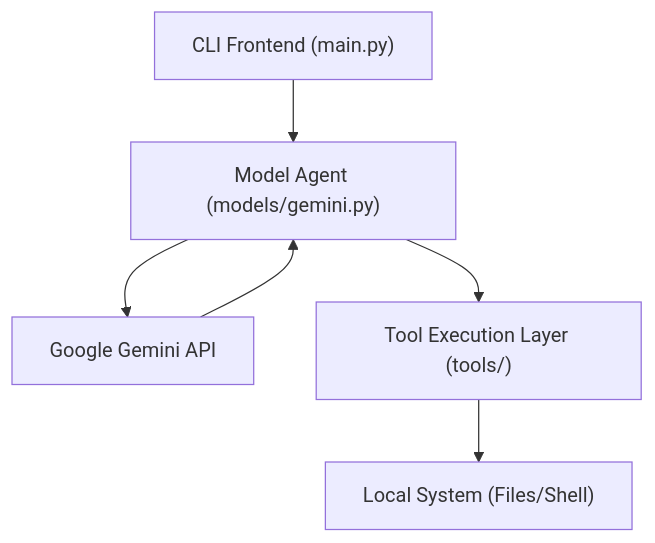
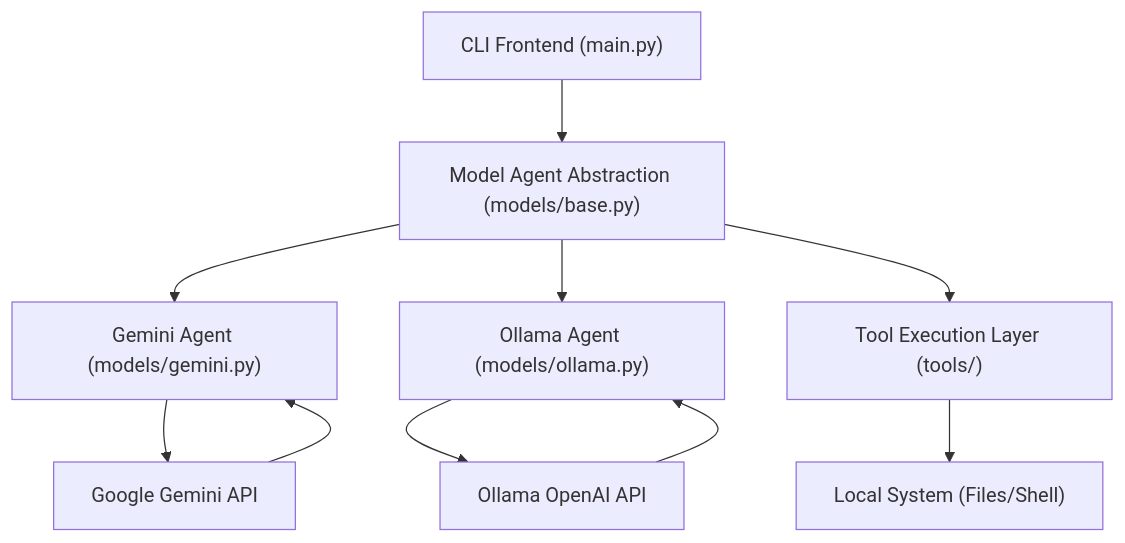
One commit to BlueCentre/cli-code changed the first of 4 diagrams in docs/architecture.md. Above: the diagram before and after it, drawn with Mermaid. The commit also changed other lines of this file and 36 other files, not shown here.

Commit message:
refactor: Rename project from gemini-cli to cli-code

````diff
--- a/docs/architecture.md
+++ b/docs/architecture.md
@@ -15,8 +15,12 @@
 ```mermaid
 graph TD
-    CLI["CLI Frontend (main.py)"] --> Agent["Model Agent (models/gemini.py)"];
-    Agent --> GeminiAPI["Google Gemini API"];
+    CLI["CLI Frontend (main.py)"] --> Agent["Model Agent Abstraction (models/base.py)"];
+    Agent --> GeminiAgent["Gemini Agent (models/gemini.py)"];
+    Agent --> OllamaAgent["Ollama Agent (models/ollama.py)"];
+    GeminiAgent --> GeminiAPI["Google Gemini API"];
+    OllamaAgent --> OllamaAPI["Ollama OpenAI API"];
     Agent --> Tools["Tool Execution Layer (tools/)"];
     Tools --> FileSystem["Local System (Files/Shell)"];
-    GeminiAPI --> Agent;
+    GeminiAPI --> GeminiAgent;
+    OllamaAPI --> OllamaAgent;
 ```
````
